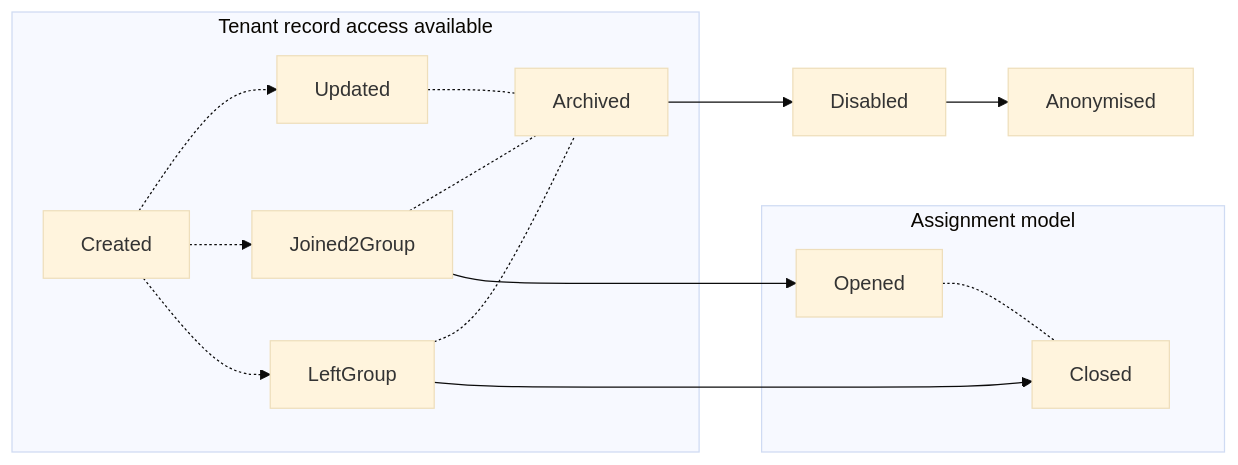
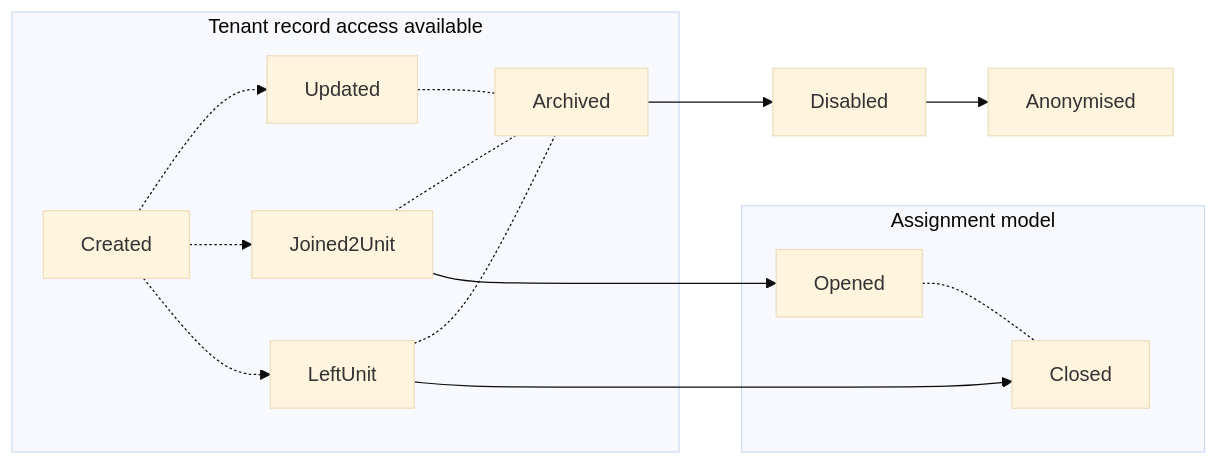
Before and after one commit to coly-technologies/coly-technologies.github.io: the second of 3 diagrams in coly-api.md, drawn with Mermaid (base theme). The commit also changed other lines of this file, not shown here.

Commit message:
group -> unit

````diff
--- a/coly-api.md
+++ b/coly-api.md
@@ -98,12 +98,12 @@
 ```mermaid
 graph LR;
   subgraph Assignment model
     Opened -.- Closed
   end
   subgraph Tenant record access available
-    Created -.-> Updated & Joined2Group & LeftGroup -.- Archived
+    Created -.-> Updated & Joined2Unit & LeftUnit -.- Archived
   end
   Archived --> Disabled --> Anonymised
-  Joined2Group ---> Opened
-  LeftGroup ---> Closed
+  Joined2Unit ---> Opened
+  LeftUnit ---> Closed
 ```
````
